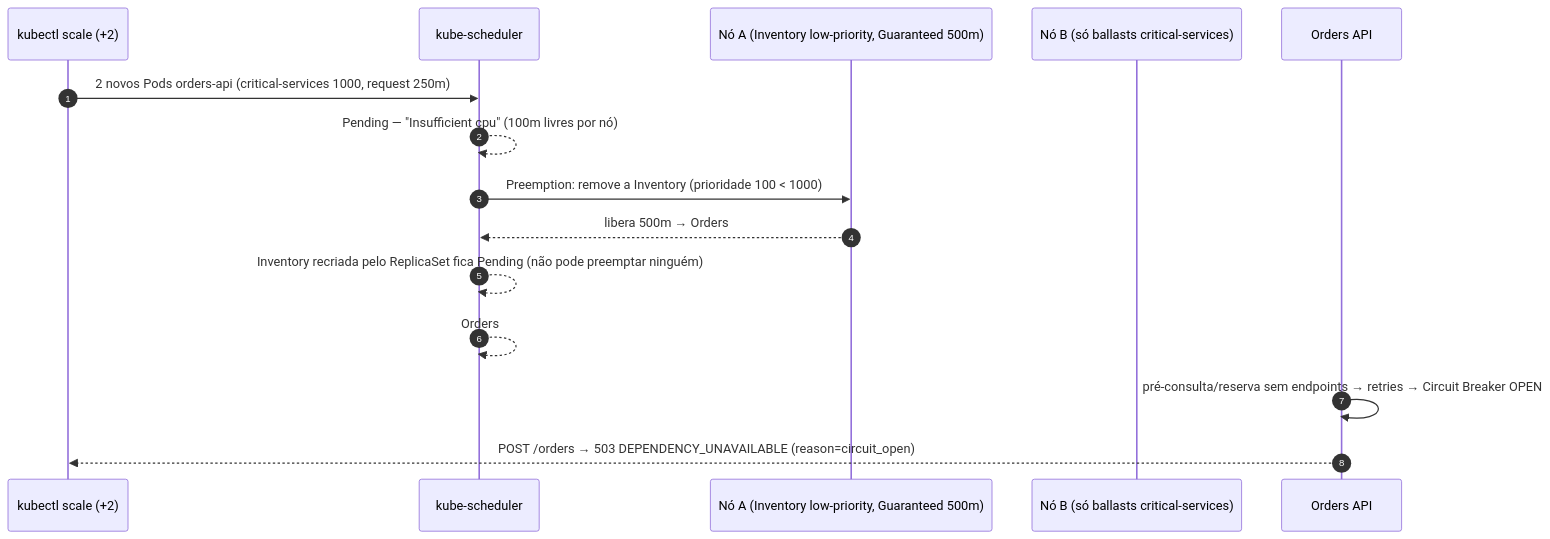
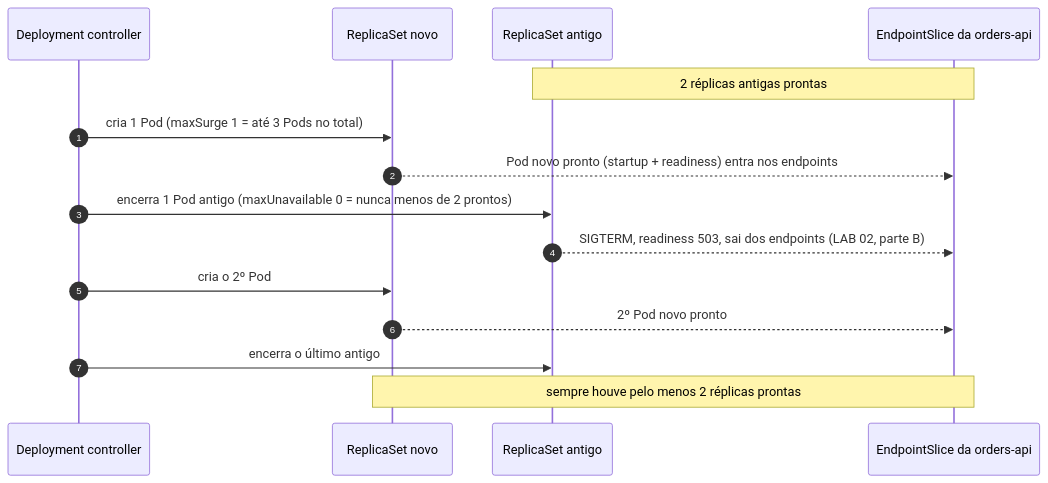
One commit to opsteam-sreday/workshop-k8s-reliability changed the second of 6 diagrams in labs/lab-03/README.md. Above: the diagram before and after it, drawn with Mermaid. The commit also changed other lines of this file and 42 other files, not shown here.

````diff
--- a/labs/lab-03/README.md
+++ b/labs/lab-03/README.md
@@ -263,17 +119,17 @@
 ```mermaid
 sequenceDiagram
     autonumber
-    participant U as kubectl scale (+2)
-    participant S as kube-scheduler
-    participant NA as Nó A (Inventory low-priority, Guaranteed 500m)
-    participant NB as Nó B (só ballasts critical-services)
-    participant O as Orders API
-    U->>S: 2 novos Pods orders-api (critical-services 1000, request 250m)
-    S-->>S: Pending — "Insufficient cpu" (100m livres por nó)
-    S->>NA: Preemption: remove a Inventory (prioridade 100 < 1000)
-    NA-->>S: libera 500m → Orders #3 agendada no nó A
-    S-->>S: Inventory recriada pelo ReplicaSet fica Pending (não pode preemptar ninguém)
-    S-->>S: Orders #4 Pending — nó A violaria maxSkew 1, nó B sem vítimas
-    O->>O: pré-consulta/reserva sem endpoints → retries → Circuit Breaker OPEN
-    O-->>U: POST /orders → 503 DEPENDENCY_UNAVAILABLE (reason=circuit_open)
+    participant D as Deployment controller
+    participant N as ReplicaSet novo
+    participant O as ReplicaSet antigo
+    participant S as EndpointSlice da orders-api
+    Note over O,S: 2 réplicas antigas prontas
+    D->>N: cria 1 Pod (maxSurge 1 = até 3 Pods no total)
+    N-->>S: Pod novo pronto (startup + readiness) entra nos endpoints
+    D->>O: encerra 1 Pod antigo (maxUnavailable 0 = nunca menos de 2 prontos)
+    O-->>S: SIGTERM, readiness 503, sai dos endpoints (LAB 02, parte B)
+    D->>N: cria o 2º Pod
+    N-->>S: 2º Pod novo pronto
+    D->>O: encerra o último antigo
+    Note over N,S: sempre houve pelo menos 2 réplicas prontas
 ```
````
